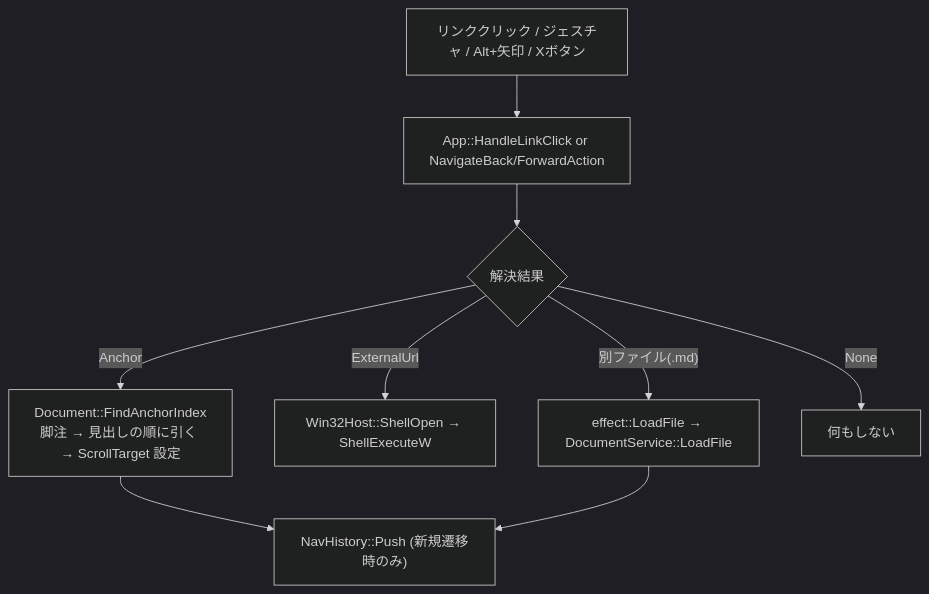
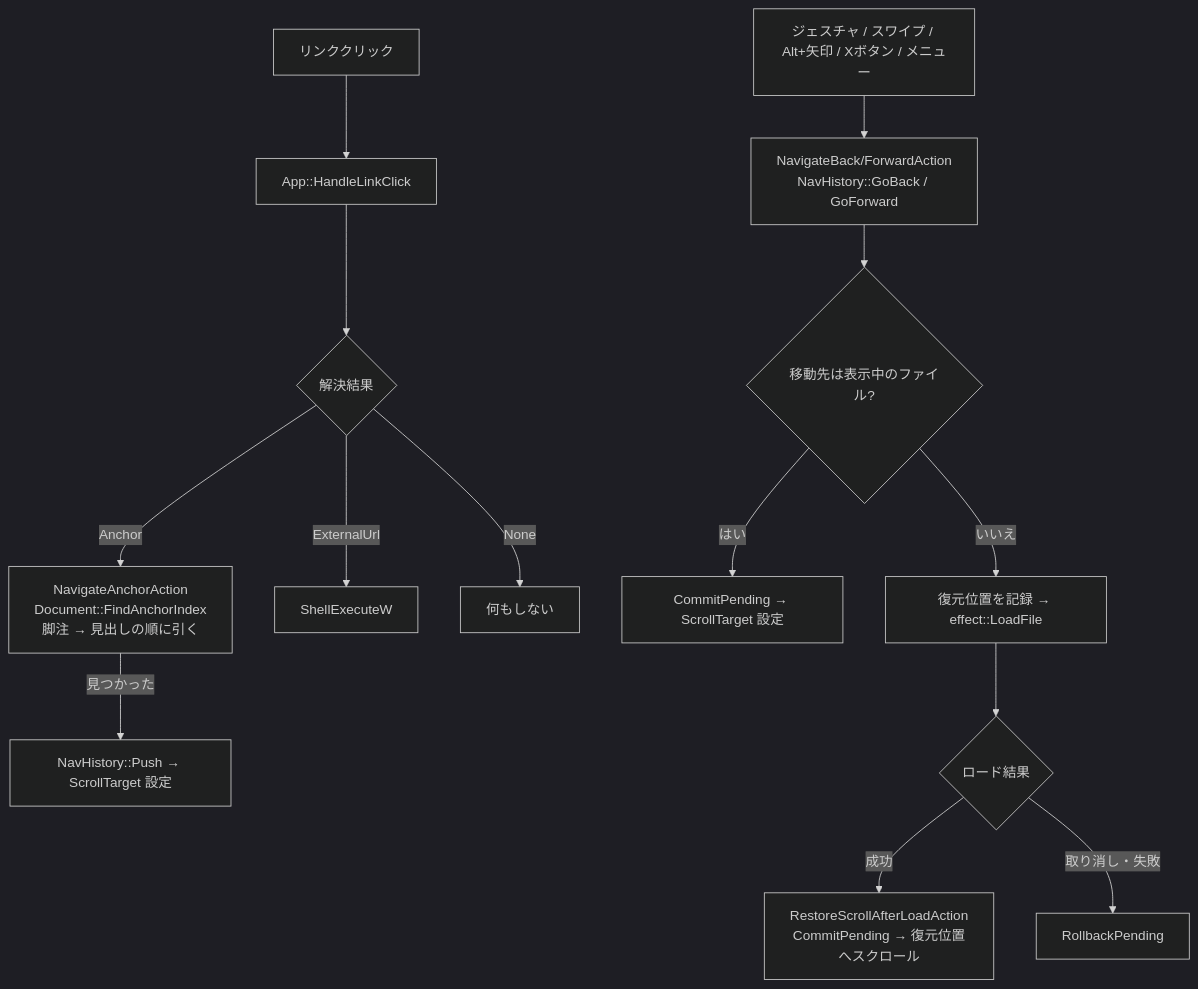
Diagram 12 of 27 in example/test.md (tanaton/mendo), drawn with Mermaid (dark theme) before and after one commit. The commit also changed other lines of this file and 2 other files, not shown here.

First line of the commit message:
仕様書を現在のコードに合わせ、CMake の最低版とライセンス URL を更新する

````diff
--- a/example/test.md
+++ b/example/test.md
@@ -1659,12 +1759,16 @@
 ```mermaid
 flowchart TD
-    TRIGGER[リンククリック / ジェスチャ / Alt+矢印 / Xボタン]
-    TRIGGER --> APP[App::HandleLinkClick or NavigateBack/ForwardAction]
+    LINK[リンククリック] --> APP[App::HandleLinkClick]
     APP --> KIND{解決結果}
-    KIND -->|Anchor| ANCHOR[Document::FindAnchorIndex<br>脚注 → 見出しの順に引く → ScrollTarget 設定]
-    KIND -->|ExternalUrl| SHELL[Win32Host::ShellOpen → ShellExecuteW]
-    KIND -->|"別ファイル(.md)"| LOAD[effect::LoadFile → DocumentService::LoadFile]
+    KIND -->|Anchor| ANCHOR[NavigateAnchorAction<br>Document::FindAnchorIndex<br>脚注 → 見出しの順に引く]
+    KIND -->|ExternalUrl| SHELL[ShellExecuteW]
     KIND -->|None| NOP[何もしない]
-    ANCHOR --> PUSH["NavHistory::Push (新規遷移時のみ)"]
-    LOAD --> PUSH
+    ANCHOR -->|見つかった| PUSH[NavHistory::Push → ScrollTarget 設定]
+    HIST[ジェスチャ / スワイプ / Alt+矢印 / Xボタン / メニュー] --> NAV[NavigateBack/ForwardAction<br>NavHistory::GoBack / GoForward]
+    NAV --> SAME{移動先は表示中のファイル?}
+    SAME -->|はい| COMMIT[CommitPending → ScrollTarget 設定]
+    SAME -->|いいえ| LOAD[復元位置を記録 → effect::LoadFile]
+    LOAD --> RESULT{ロード結果}
+    RESULT -->|成功| RESTORE[RestoreScrollAfterLoadAction<br>CommitPending → 復元位置へスクロール]
+    RESULT -->|取り消し・失敗| ROLLBACK[RollbackPending]
 ```
````
